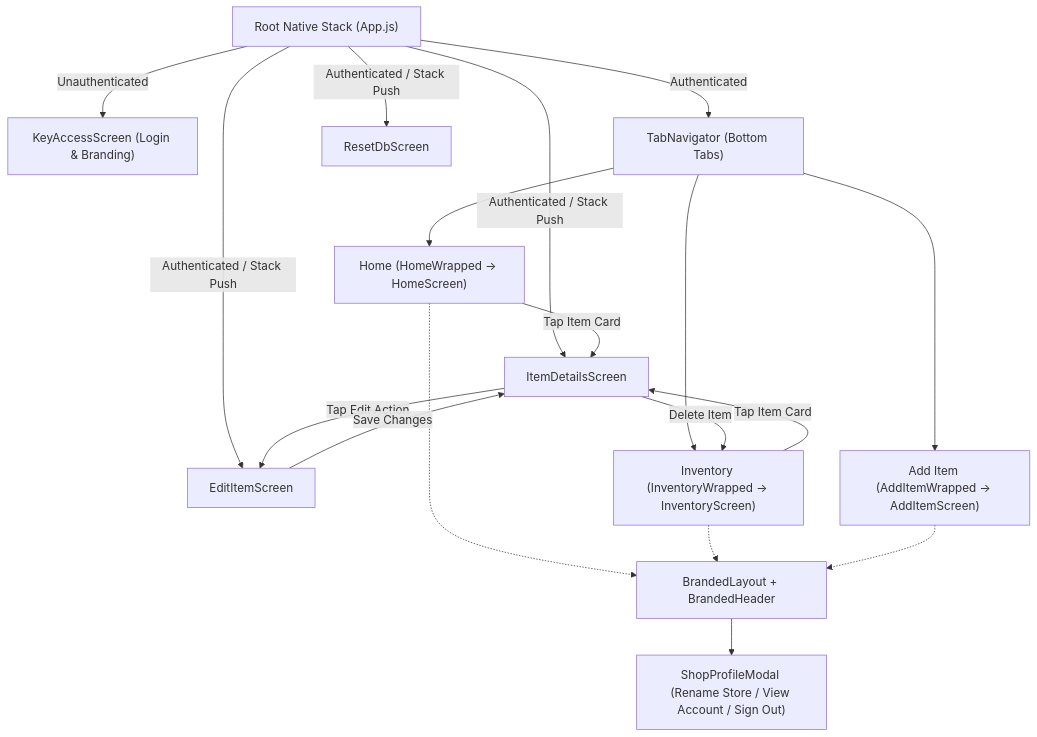
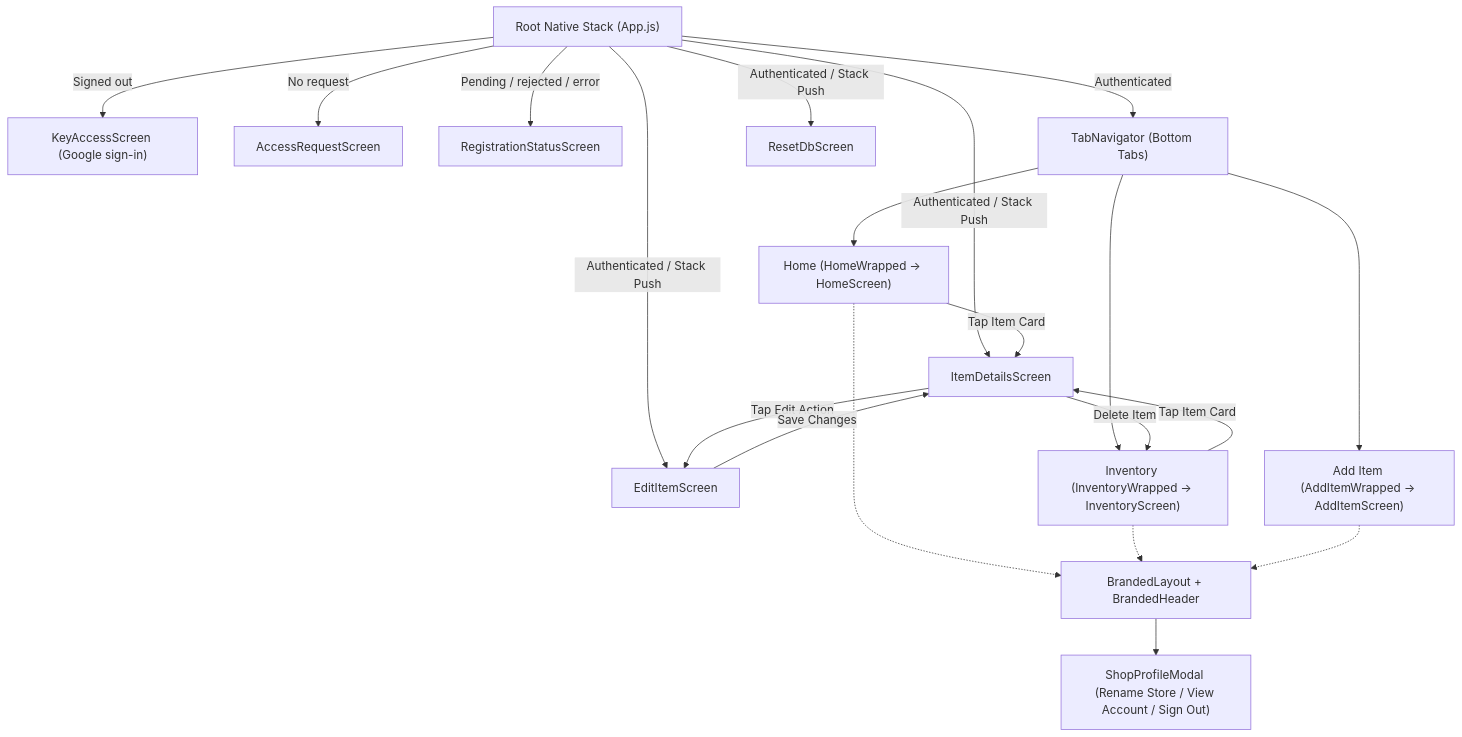
Before and after one commit to teqperts/cellventory: the third of 6 diagrams in docs/ARCHITECTURE.md, drawn with Mermaid. The commit also changed other lines of this file and 18 other files, not shown here.

First line of the commit message:
feat(auth): add Google access request onboarding

````diff
--- a/docs/ARCHITECTURE.md
+++ b/docs/ARCHITECTURE.md
@@ -132,33 +142,35 @@
 ```mermaid
 graph TD
     Root["Root Native Stack (App.js)"]
     
     %% Unauthenticated
-    Root -->|Unauthenticated| Login["KeyAccessScreen (Login & Branding)"]
+    Root -->|Signed out| Login["KeyAccessScreen (Google sign-in)"]
+    Root -->|No request| Request["AccessRequestScreen"]
+    Root -->|Pending / rejected / error| Status["RegistrationStatusScreen"]
 
     %% Authenticated
     Root -->|Authenticated| MainTabs["TabNavigator (Bottom Tabs)"]
     Root -->|Authenticated / Stack Push| Details["ItemDetailsScreen"]
     Root -->|Authenticated / Stack Push| Edit["EditItemScreen"]
     Root -->|Authenticated / Stack Push| Reset["ResetDbScreen"]
 
     %% Tabs
     MainTabs --> TabHome["Home (HomeWrapped -> HomeScreen)"]
     MainTabs --> TabInv["Inventory (InventoryWrapped -> InventoryScreen)"]
     MainTabs --> TabAdd["Add Item (AddItemWrapped -> AddItemScreen)"]
 
     %% Shared Shell
     TabHome -.-> BrandedShell["BrandedLayout + BrandedHeader"]
     TabInv -.-> BrandedShell
     TabAdd -.-> BrandedShell
 
     %% Header Modal
     BrandedShell --> ShopModal["ShopProfileModal (Rename Store / View Account / Sign Out)"]
 
     %% Transitions
     TabHome -->|Tap Item Card| Details
     TabInv -->|Tap Item Card| Details
     Details -->|Tap Edit Action| Edit
     Details -->|Delete Item| TabInv
     Edit -->|Save Changes| Details
 ```
````
